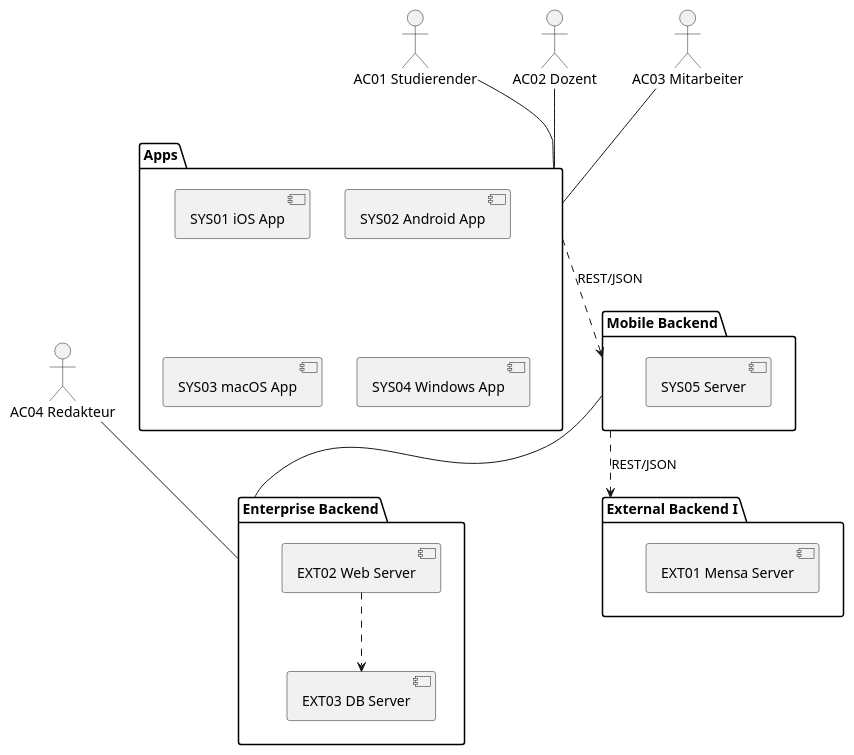
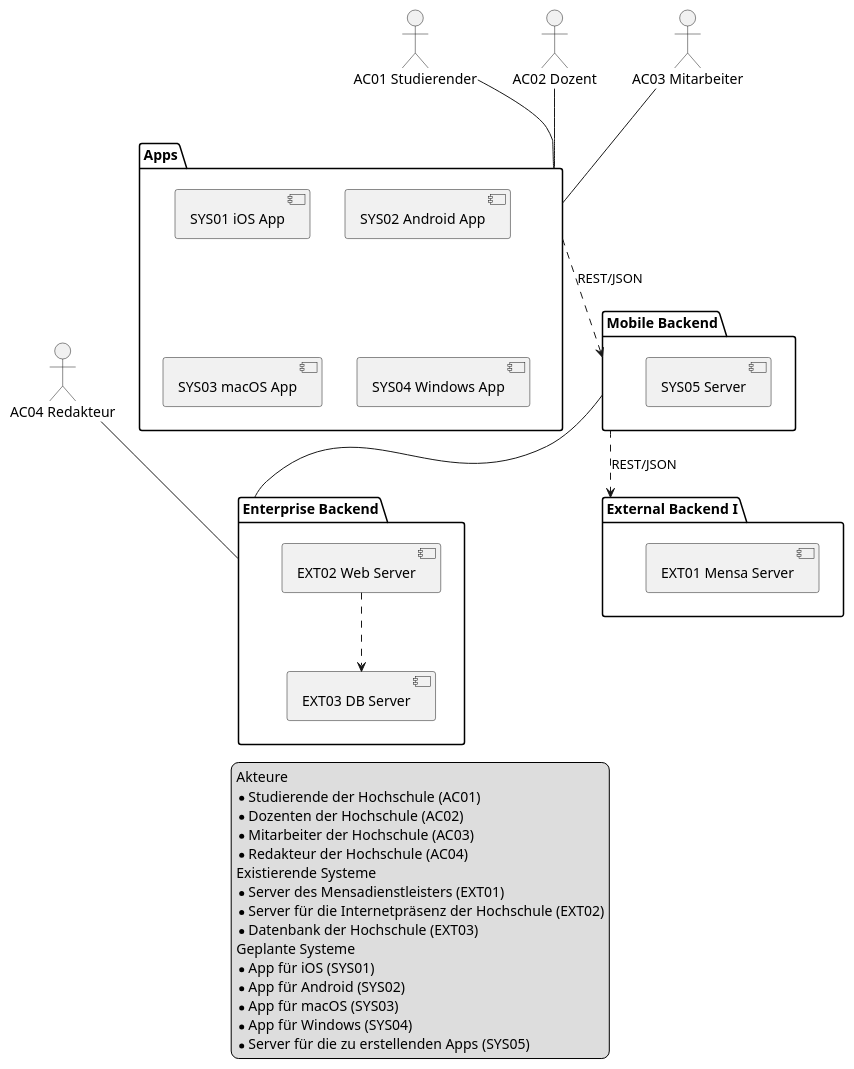
Before and after one commit to RobinNunkesser/plantuml: the diagram in Kontext.pu, drawn with PlantUML. The commit also changed 4 other files, not shown here.

```diff
--- a/Kontext.pu
+++ b/Kontext.pu
@@ -1,37 +1,55 @@
 @startuml
+
+legend
+Akteure
+* Studierende der Hochschule (AC01)
+* Dozenten der Hochschule (AC02)
+* Mitarbeiter der Hochschule (AC03)
+* Redakteur der Hochschule (AC04)
+Existierende Systeme
+* Server des Mensadienstleisters (EXT01)
+* Server für die Internetpräsenz der Hochschule (EXT02)
+* Datenbank der Hochschule (EXT03)
+Geplante Systeme
+* App für iOS (SYS01)
+* App für Android (SYS02)
+* App für macOS (SYS03)
+* App für Windows (SYS04)
+* Server für die zu erstellenden Apps (SYS05)
+end legend
 
 actor :AC01 Studierender: as AC01
 actor :AC02 Dozent: as AC02
 actor :AC03 Mitarbeiter: as AC03
 actor :AC04 Redakteur: as AC04
 
 package "Enterprise Backend" as PAC04 {
   component [EXT02 Web Server] as SYS01 
   component [EXT03 DB Server] as SYS02
 }
 
 package "Apps" as PAC01 {
   component [SYS01 iOS App] as SYS03
   component [SYS02 Android App] as SYS04
   component [SYS03 macOS App] as SYS07
   component [SYS04 Windows App] as SYS08
 }
 
 package "Mobile Backend" as PAC02 {
   component [SYS05 Server] as SYS05
 }
 
 package "External Backend I" as PAC03 {
   component [EXT01 Mensa Server] as SYS06
 }
  
 AC01 -- PAC01
 AC02 -- PAC01
 AC03 -- PAC01
 AC04 -- PAC04
 PAC01 ..> PAC02 : REST/JSON
 PAC02 ..> PAC03 : REST/JSON
 PAC02 -- PAC04
 SYS01 ..> SYS02
 
 @enduml
```
